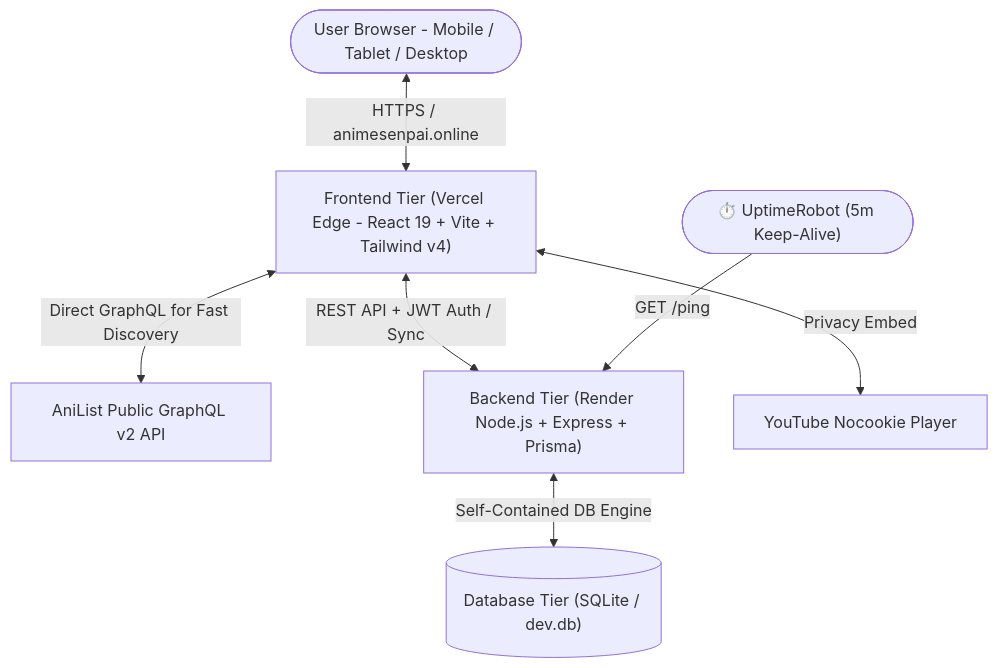
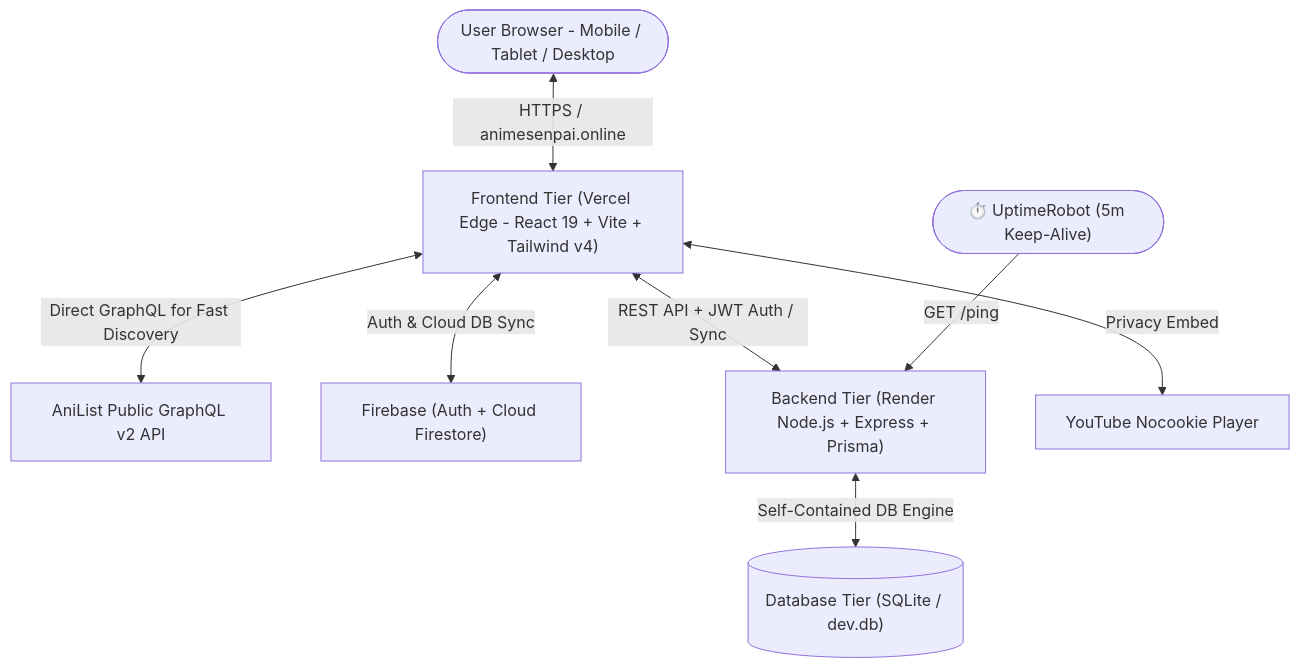
Before and after one commit to PurohitBhagyesh/anime-watch-recommendation: the diagram in README.md, drawn with Mermaid. The commit also changed other lines of this file and 27 other files, not shown here.

Commit message:
feat: rename project to AnimeSenpai, integrate Firebase Auth & Firestore, and update documentation

````diff
--- a/README.md
+++ b/README.md
@@ -74,9 +76,10 @@
 ```mermaid
 graph TD
     User([User Browser - Mobile / Tablet / Desktop]) <-->|HTTPS / animesenpai.online| Vercel["Frontend Tier (Vercel Edge - React 19 + Vite + Tailwind v4)"]
     Vercel <-->|Direct GraphQL for Fast Discovery| AniList["AniList Public GraphQL v2 API"]
+    Vercel <-->|Auth & Cloud DB Sync| Firebase["Firebase (Auth + Cloud Firestore)"]
     Vercel <-->|REST API + JWT Auth / Sync| Render["Backend Tier (Render Node.js + Express + Prisma)"]
     Render <-->|Self-Contained DB Engine| Database[("Database Tier (SQLite / dev.db)")]
     UptimeRobot(["⏱️ UptimeRobot (5m Keep-Alive)"]) -->|GET /ping| Render
     Vercel <-->|Privacy Embed| YouTube["YouTube Nocookie Player"]
 ```
````
